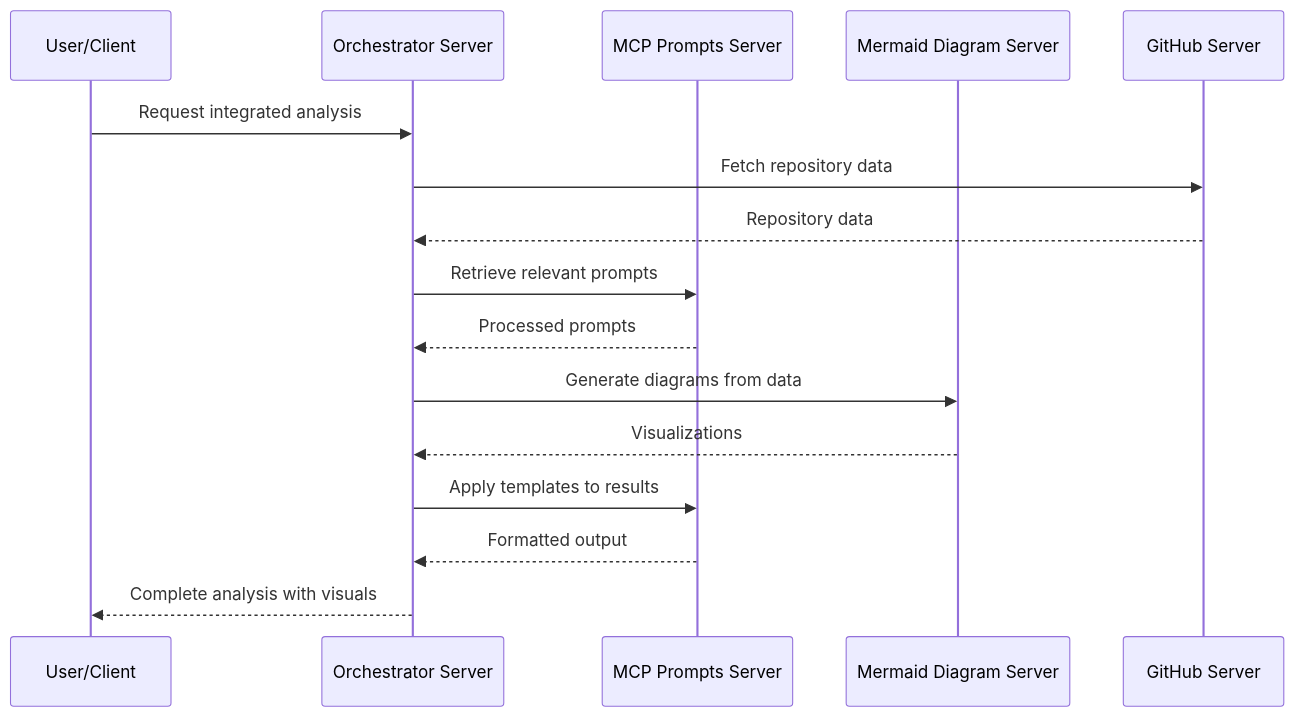
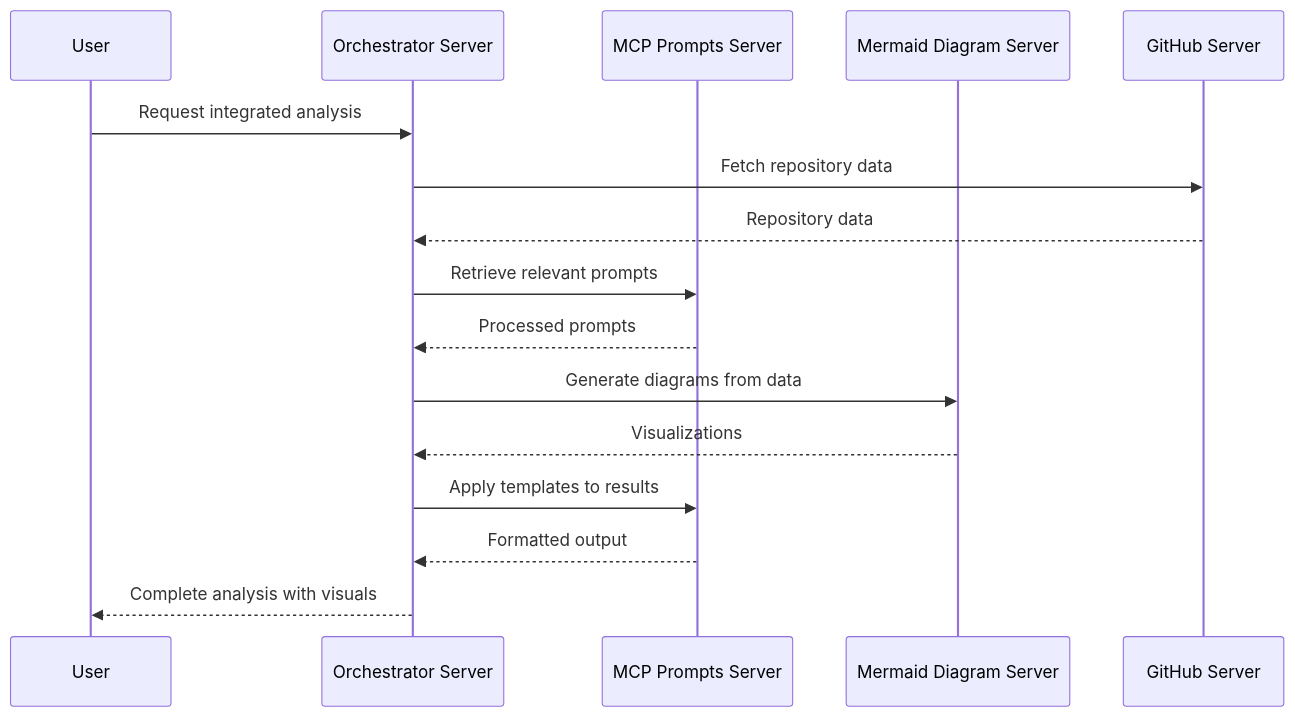
Before and after one commit to tjks111/mcp-prompt: diagram 12 of 17 in README.md, drawn with Mermaid. The commit also changed other lines of this file and 104 other files, not shown here.

````diff
--- a/README.md
+++ b/README.md
@@ -1341,23 +1339,23 @@
 ```mermaid
 sequenceDiagram
-    participant User as User/Client
+    participant User as User
     participant Orchestrator as Orchestrator Server
     participant Prompts as MCP Prompts Server
     participant Mermaid as Mermaid Diagram Server
     participant GitHub as GitHub Server
     
     User->>Orchestrator: Request integrated analysis
     Orchestrator->>GitHub: Fetch repository data
     GitHub-->>Orchestrator: Repository data
     
     Orchestrator->>Prompts: Retrieve relevant prompts
     Prompts-->>Orchestrator: Processed prompts
     
     Orchestrator->>Mermaid: Generate diagrams from data
     Mermaid-->>Orchestrator: Visualizations
     
     Orchestrator->>Prompts: Apply templates to results
     Prompts-->>Orchestrator: Formatted output
     
     Orchestrator-->>User: Complete analysis with visuals
 ```
````
